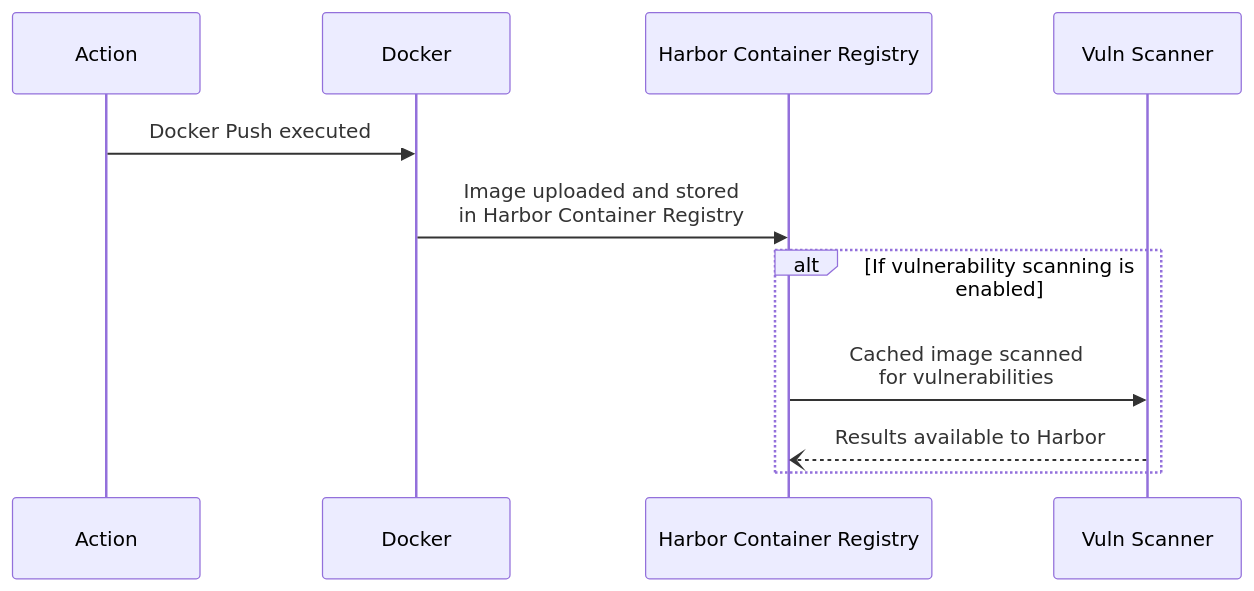
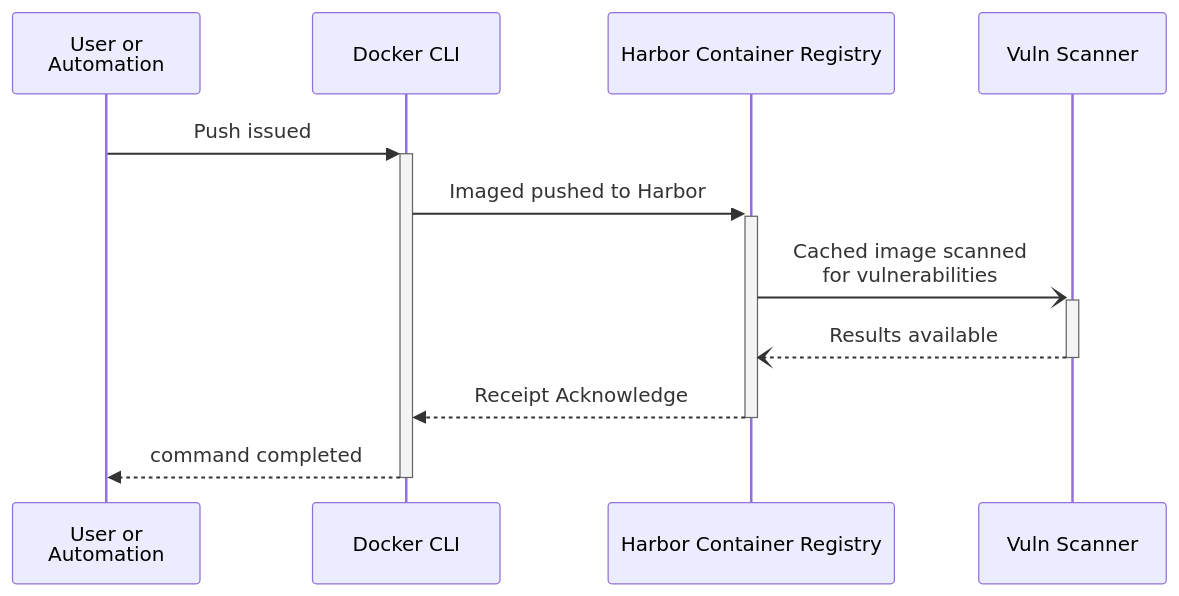
One commit to retaildevcrews/ngsa-asb changed the fourth of 5 diagrams in spikes/harbor/harborflows.md. Above: the diagram before and after it, drawn with Mermaid. The commit also changed other lines of this file, not shown here.

Commit message:
updated image push

````diff
--- a/spikes/harbor/harborflows.md
+++ b/spikes/harbor/harborflows.md
@@ -93,14 +92,15 @@
 ```mermaid
 sequenceDiagram
-    participant action  as Action 
-    participant docker  as Docker
+    participant action  as User or <br> Automation 
+    participant docker  as Docker CLI
     participant harbor  as Harbor Container Registry
     participant scan    as Vuln Scanner
 
-    action     ->> docker: Docker Push executed
-    docker     ->> harbor: Image uploaded and stored <br> in Harbor Container Registry
-    alt If vulnerability scanning is enabled
-        harbor    ->> scan: Cached image scanned <br> for vulnerabilities
-        scan      --) harbor: Results available to Harbor
-        end
+    action     ->>+ docker: Push issued
+    docker     ->>+ harbor: Imaged pushed to Harbor
+    harbor      -)+ scan: Cached image scanned <br> for vulnerabilities
+    scan       --)- harbor: Results available
+    harbor    -->>- docker: Receipt Acknowledge
+    docker    -->>- action: command completed
+    
 ```
````
